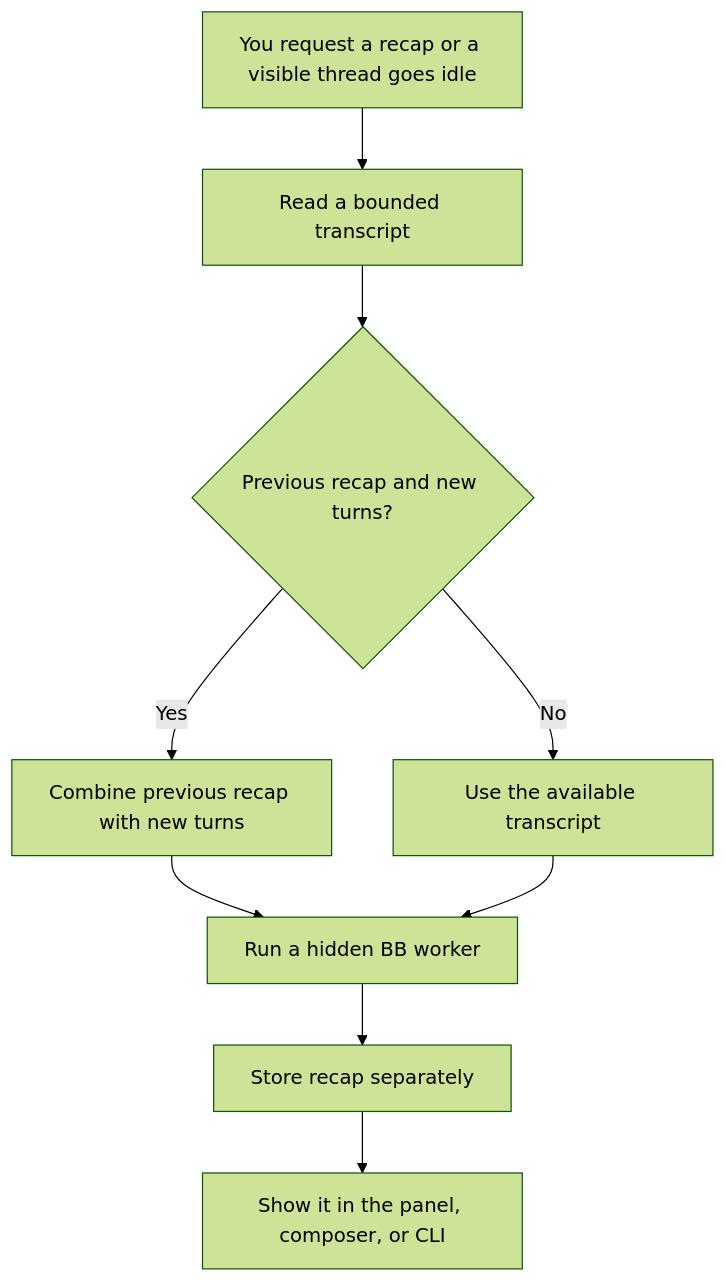
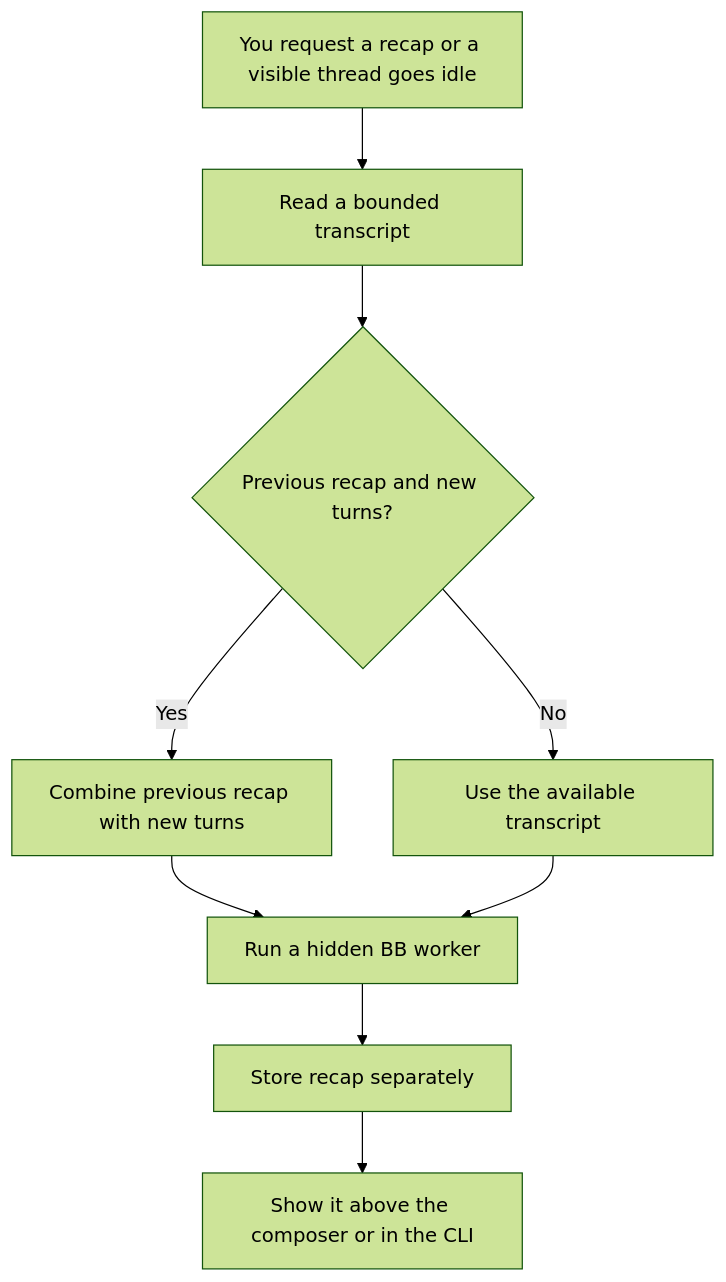
One commit to tomdale/toolbelt changed the diagram in bb-plugin-recap/README.md. Above: the diagram before and after it, drawn with Mermaid (forest theme). The commit also changed other lines of this file and 3 other files, not shown here.

````diff
--- a/bb-plugin-recap/README.md
+++ b/bb-plugin-recap/README.md
@@ -127,11 +127,11 @@
 ```mermaid
 flowchart TD
     A["You request a recap or a visible thread goes idle"] --> B["Read a bounded transcript"]
     B --> C{"Previous recap and new turns?"}
     C -->|Yes| D["Combine previous recap with new turns"]
     C -->|No| E["Use the available transcript"]
     D --> F["Run a hidden BB worker"]
     E --> F
     F --> G["Store recap separately"]
-    G --> H["Show it in the panel, composer, or CLI"]
+    G --> H["Show it above the composer or in the CLI"]
 ```
````
